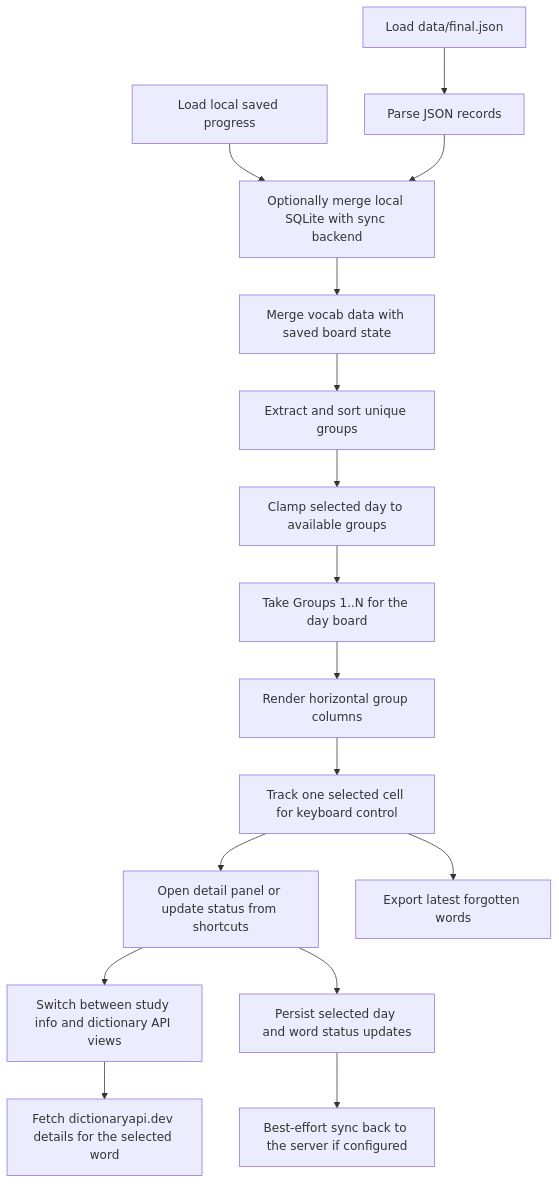
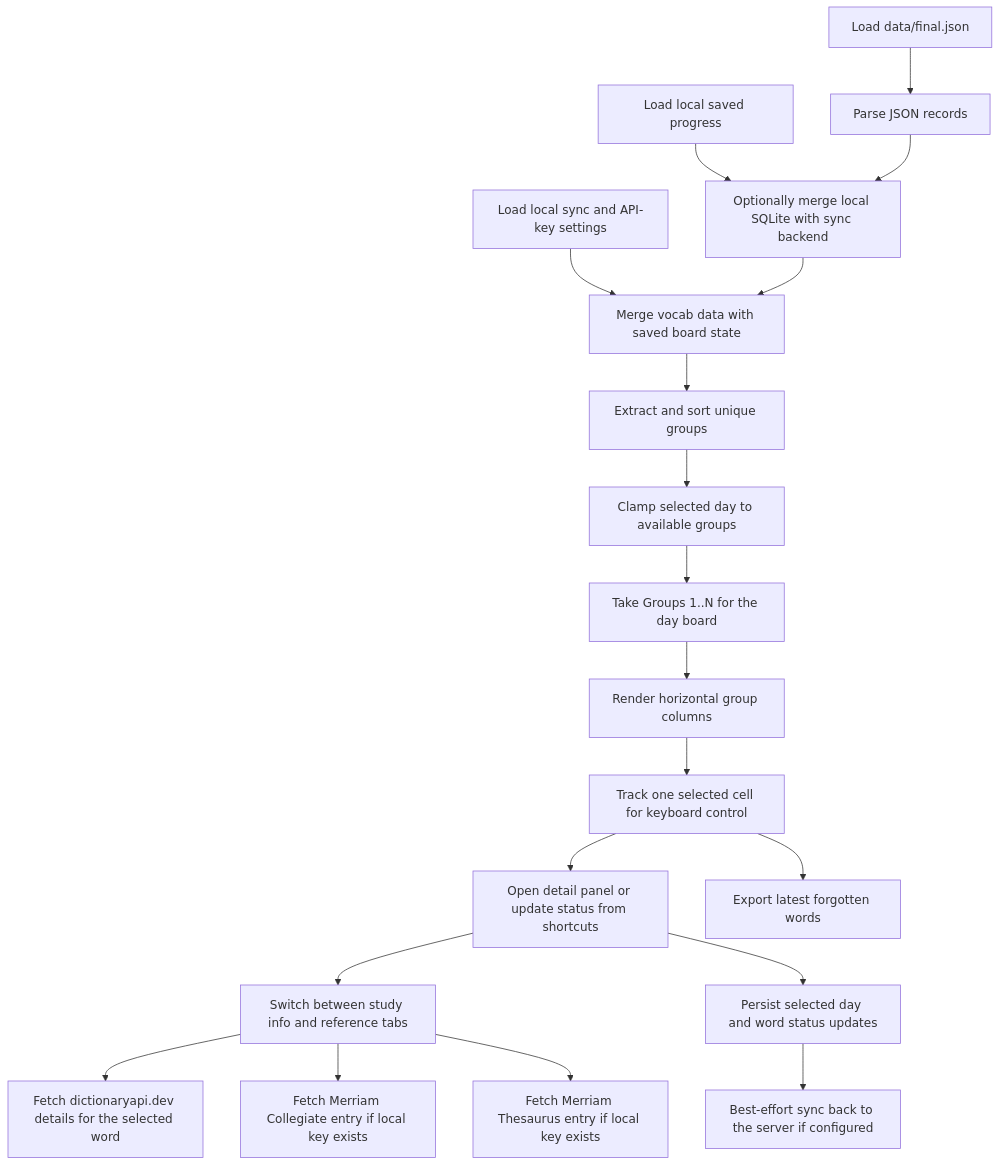
Before and after one commit to desertSniper87/vocab-hill: the diagram in docs/4-algorithms/README.md, drawn with Mermaid. The commit also changed other lines of this file and 16 other files, not shown here.

````diff
--- a/docs/4-algorithms/README.md
+++ b/docs/4-algorithms/README.md
@@ -7,18 +7,21 @@
 ```mermaid
 flowchart TD
     A["Load data/final.json"] --> B["Parse JSON records"]
     P["Load local saved progress"] --> C["Optionally merge local SQLite with sync backend"]
+    Q["Load local sync and API-key settings"] --> D
     C --> D["Merge vocab data with saved board state"]
     B --> C
     D --> E["Extract and sort unique groups"]
     E --> F["Clamp selected day to available groups"]
     F --> G["Take Groups 1..N for the day board"]
     G --> H["Render horizontal group columns"]
     H --> I["Track one selected cell for keyboard control"]
     I --> J["Open detail panel or update status from shortcuts"]
     I --> K["Export latest forgotten words"]
-    J --> L["Switch between study info and dictionary API views"]
+    J --> L["Switch between study info and reference tabs"]
     L --> M["Fetch dictionaryapi.dev details for the selected word"]
-    J --> N["Persist selected day and word status updates"]
-    N --> O["Best-effort sync back to the server if configured"]
+    L --> N["Fetch Merriam Collegiate entry if local key exists"]
+    L --> O["Fetch Merriam Thesaurus entry if local key exists"]
+    J --> R["Persist selected day and word status updates"]
+    R --> S["Best-effort sync back to the server if configured"]
 ```
````
